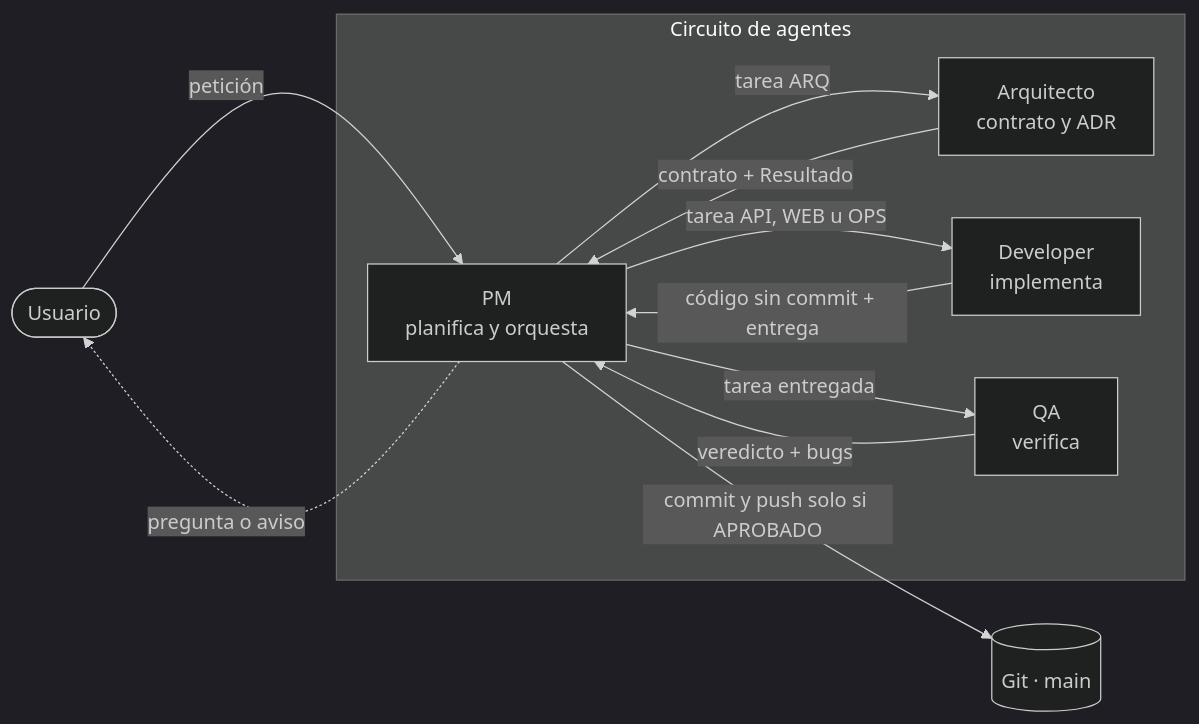
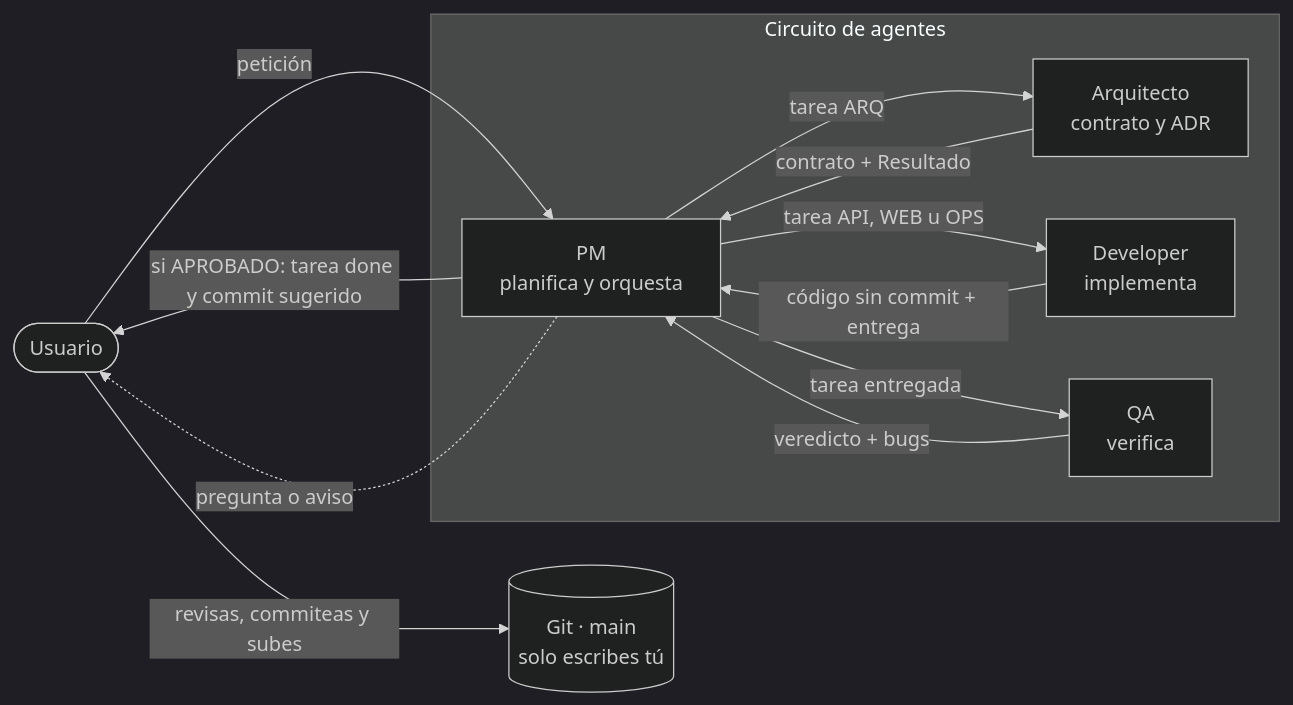
Before and after one commit to JordiTurell/GrangesAndreu: the first of 11 diagrams in flujo-agents.md, drawn with Mermaid (dark theme). The commit also changed other lines of this file and 13 other files, not shown here.

````diff
--- a/flujo-agents.md
+++ b/flujo-agents.md
@@ -9,21 +9,22 @@
 ```mermaid
 flowchart LR
     U([Usuario])
     subgraph CIRCUITO [Circuito de agentes]
         PM["PM<br/>planifica y orquesta"]
         ARQ["Arquitecto<br/>contrato y ADR"]
         DEV["Developer<br/>implementa"]
         QA["QA<br/>verifica"]
     end
-    GIT[("Git · main")]
+    GIT[("Git · main<br/>solo escribes tú")]
 
     U -->|petición| PM
     PM -->|tarea ARQ| ARQ
     ARQ -->|contrato + Resultado| PM
     PM -->|tarea API, WEB u OPS| DEV
     DEV -->|código sin commit + entrega| PM
     PM -->|tarea entregada| QA
     QA -->|veredicto + bugs| PM
-    PM -->|commit y push solo si APROBADO| GIT
+    PM -->|si APROBADO: tarea done y commit sugerido| U
+    U -->|revisas, commiteas y subes| GIT
     PM -.->|pregunta o aviso| U
 ```
````
